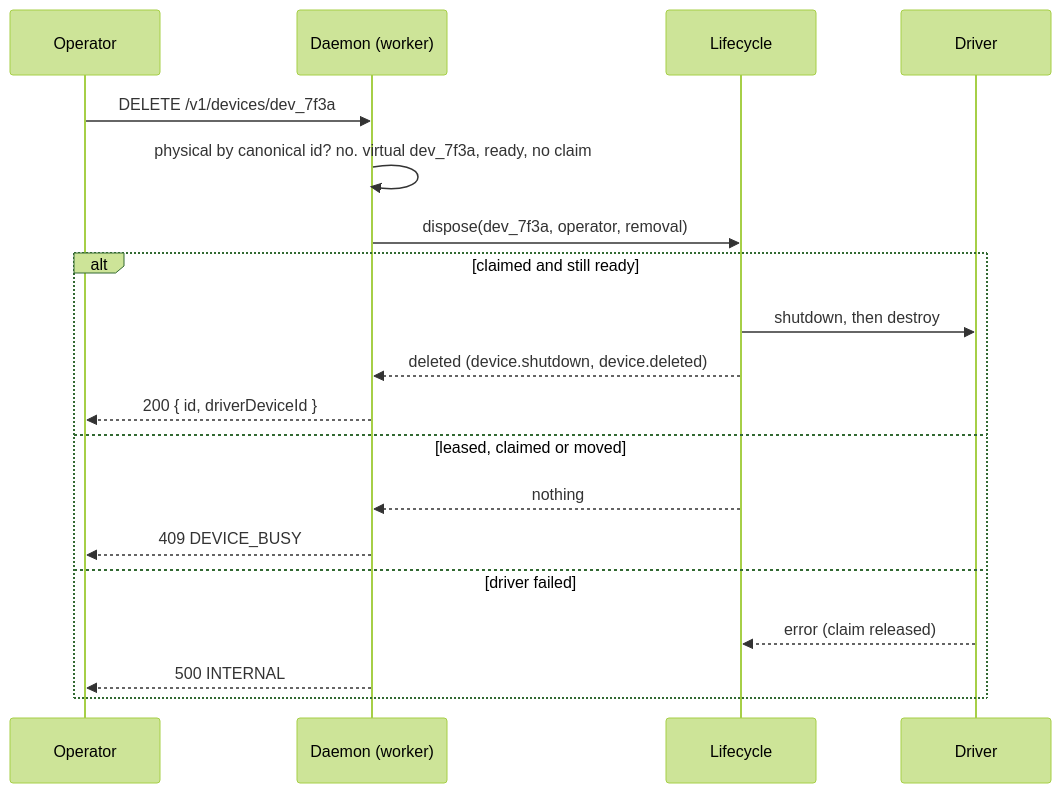
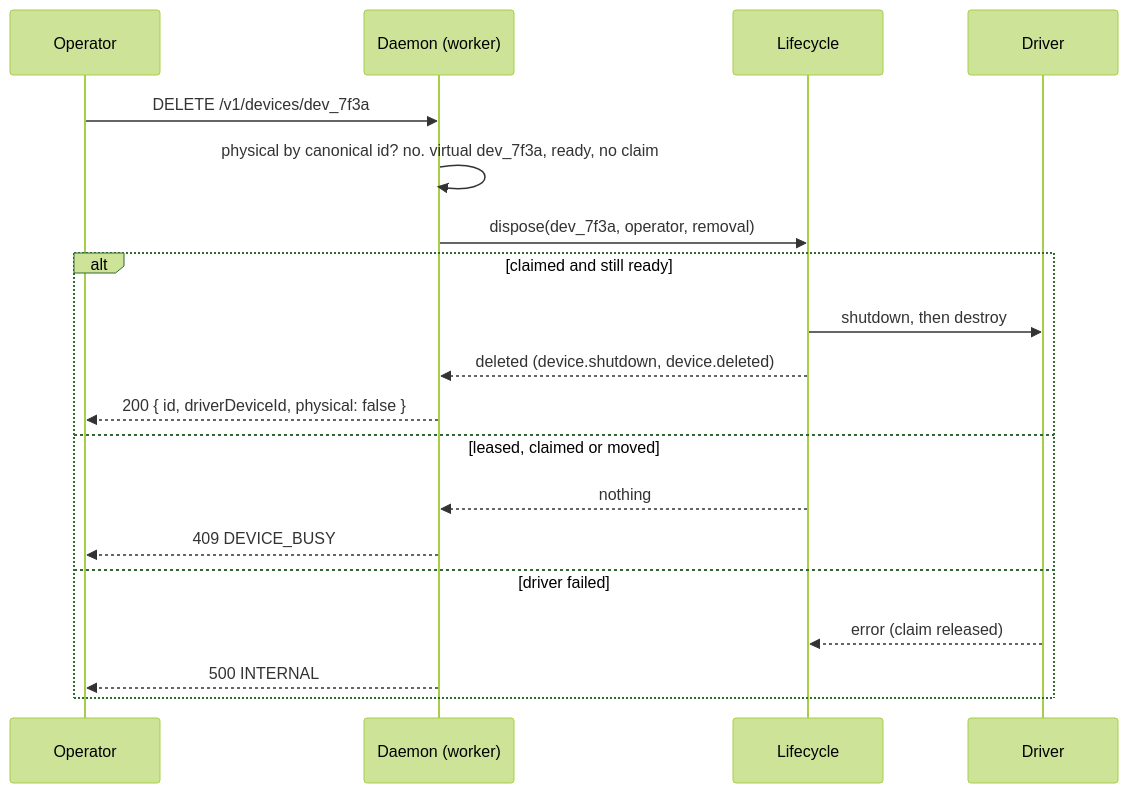
One commit to callstackincubator/simlock changed the first of 2 diagrams in docs/internal/adr/0055-device-remove-deletes-an-idle-simulator-or-emulator-and-the-console-offers-device-actions-on-a-worker.md. Above: the diagram before and after it, drawn with Mermaid (forest theme). The commit also changed other lines of this file, not shown here.

Commit message:
docs(adr): device remove answers physical, and the protocol rises by one (#1131)

````diff
--- a/docs/internal/adr/0055-device-remove-deletes-an-idle-simulator-or-emulator-and-the-console-offers-device-actions-on-a-worker.md
+++ b/docs/internal/adr/0055-device-remove-deletes-an-idle-simulator-or-emulator-and-the-console-offers-device-actions-on-a-worker.md
@@ -78,21 +83,21 @@
 ```mermaid
 sequenceDiagram
   participant O as Operator
   participant D as Daemon (worker)
   participant L as Lifecycle
   participant Dr as Driver
   O->>D: DELETE /v1/devices/dev_7f3a
   D->>D: physical by canonical id? no. virtual dev_7f3a, ready, no claim
   D->>L: dispose(dev_7f3a, operator, removal)
   alt claimed and still ready
     L->>Dr: shutdown, then destroy
     L-->>D: deleted (device.shutdown, device.deleted)
-    D-->>O: 200 { id, driverDeviceId }
+    D-->>O: 200 { id, driverDeviceId, physical: false }
   else leased, claimed or moved
     L-->>D: nothing
     D-->>O: 409 DEVICE_BUSY
   else driver failed
     Dr-->>L: error (claim released)
     D-->>O: 500 INTERNAL
   end
 ```
````
